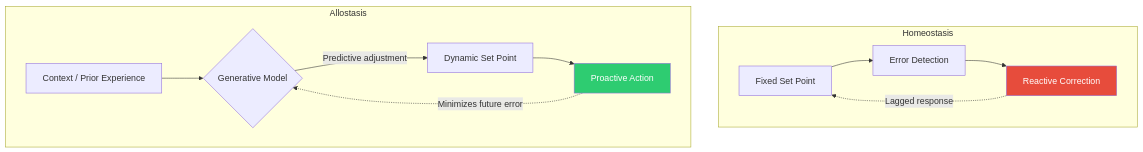
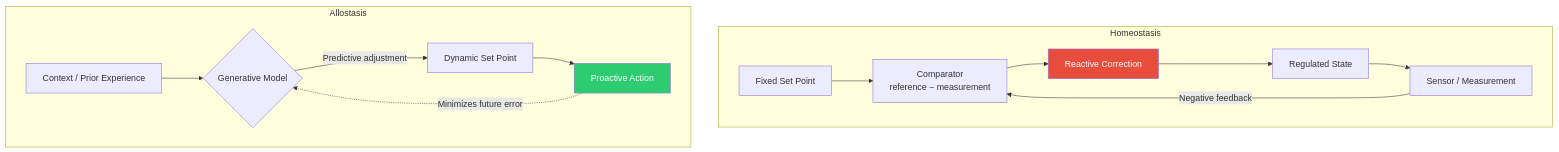
Before and after one commit to docxology/biology_textbook: the fourth of 4 diagrams in docs/manuscript/unit_0/active_inference.md, drawn with Mermaid. The commit also changed other lines of this file and 444 other files, not shown here.

````diff
--- a/docs/manuscript/unit_0/active_inference.md
+++ b/docs/manuscript/unit_0/active_inference.md
@@ -286,18 +286,20 @@
 ```mermaid
 graph TD
     subgraph Homeostasis
-        H1["Fixed Set Point"] --> H2["Error Detection"]
+        H1["Fixed Set Point"] --> H2["Comparator<br/>reference − measurement"]
         H2 --> H3["Reactive Correction"]
-        H3 -.->|"Lagged response"| H1
+        H3 --> H4["Regulated State"]
+        H4 --> H5["Sensor / Measurement"]
+        H5 -->|"Negative feedback"| H2
     end
 
     subgraph Allostasis
         A1["Context / Prior Experience"] --> A2{"Generative Model"}
         A2 -->|"Predictive adjustment"| A3["Dynamic Set Point"]
         A3 --> A4["Proactive Action"]
         A4 -.->|"Minimizes future error"| A2
     end
 
     style H3 fill:#e74c3c,color:#fff
     style A4 fill:#2ecc71,color:#fff
 ```
````
